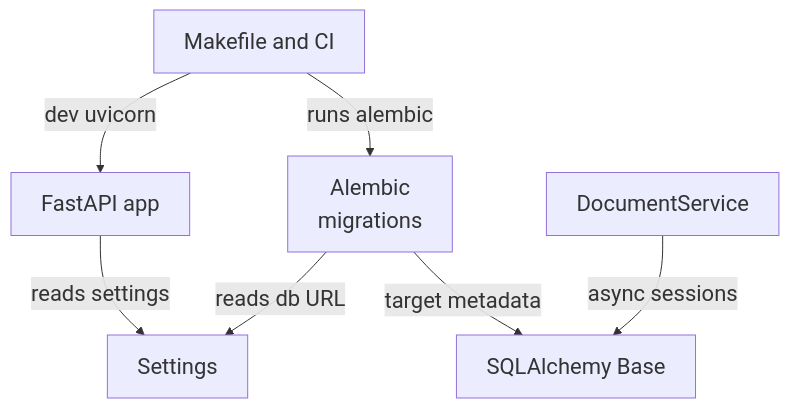
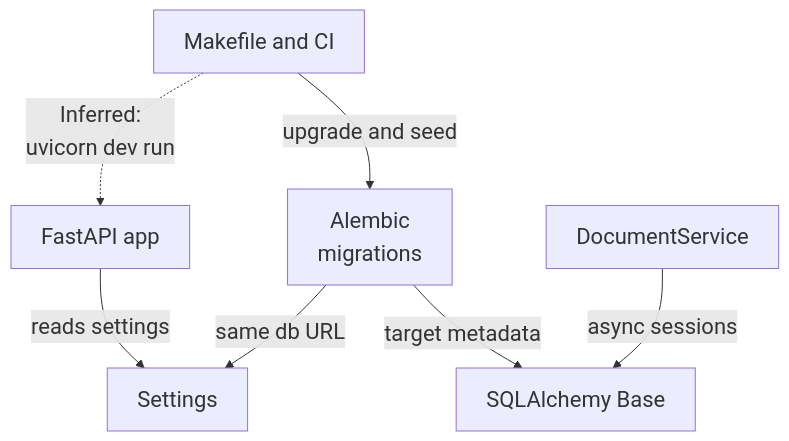
One commit to Justin-Mendoza/Afterclass changed the first of 5 diagrams in maps/foundation/README.md. Above: the diagram before and after it, drawn with Mermaid. The commit also changed other lines of this file and 88 other files, not shown here.

````diff
--- a/maps/foundation/README.md
+++ b/maps/foundation/README.md
@@ -23,16 +23,16 @@
 ```mermaid
 %%{init: {"themeVariables": {"fontSize": "22px"}}}%%
 flowchart TD
   n0["FastAPI app"]
   n1["Settings"]
   n2["SQLAlchemy Base"]
   n3["DocumentService"]
-  n4["Alembic<br/>migrations"]
-  n5["Makefile and CI"]
+  n4["Makefile and CI"]
+  n5["Alembic<br/>migrations"]
   n0 -->|"reads settings"| n1
-  n4 -->|"reads db URL"| n1
-  n4 -->|"target metadata"| n2
+  n5 -->|"same db URL"| n1
+  n5 -->|"target metadata"| n2
   n3 -->|"async sessions"| n2
-  n5 -->|"runs alembic"| n4
-  n5 -->|"dev uvicorn"| n0
+  n4 -->|"upgrade and seed"| n5
+  n4 -.->|"Inferred:<br/>uvicorn dev run"| n0
 ```
````
